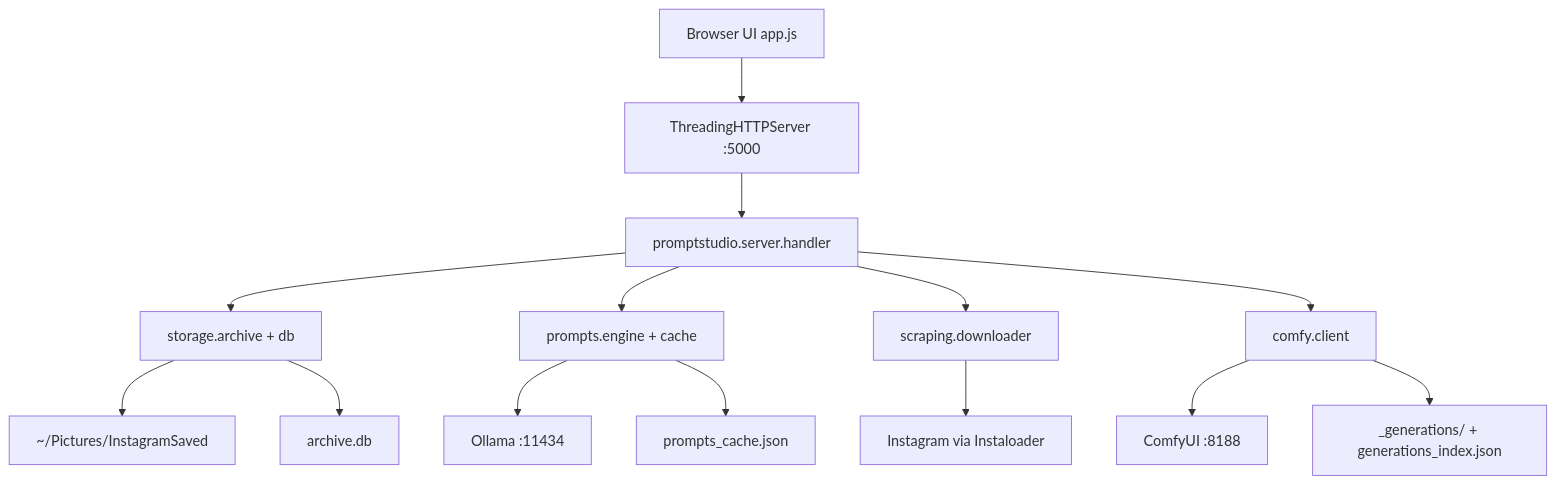
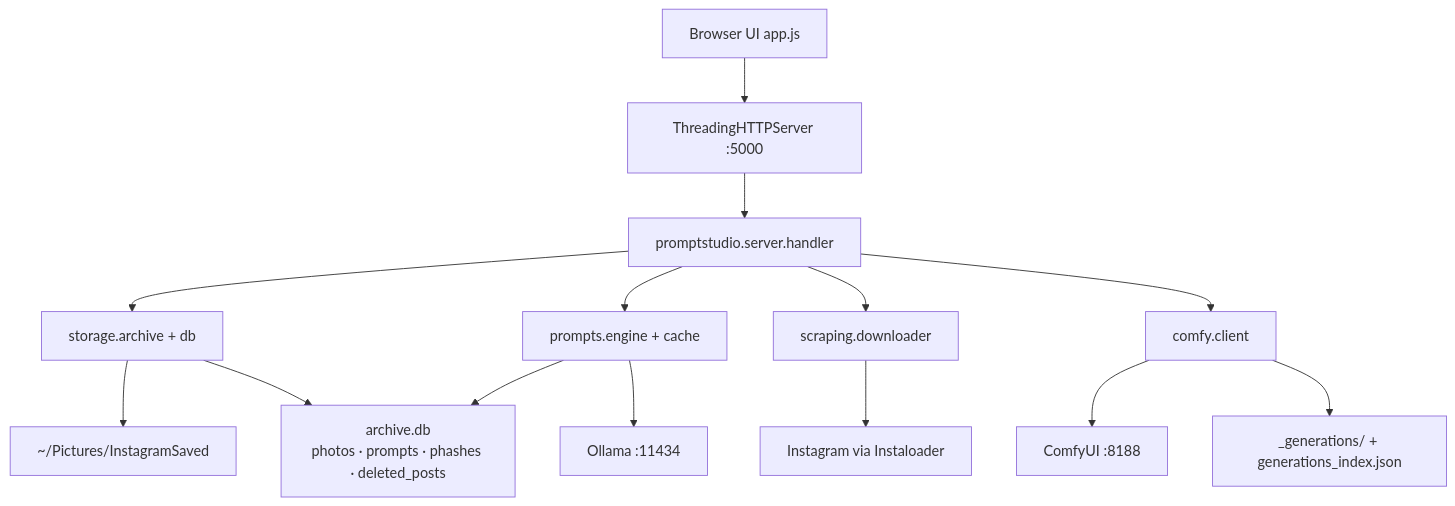
One commit to curiousCoder-9000/PromptStudio changed the diagram in docs/architecture.md. Above: the diagram before and after it, drawn with Mermaid. The commit also changed other lines of this file and 34 other files, not shown here.

````diff
--- a/docs/architecture.md
+++ b/docs/architecture.md
@@ -9,16 +9,16 @@
 ```mermaid
 graph TD
     Browser[Browser UI app.js] --> HTTP[ThreadingHTTPServer :5000]
     HTTP --> Handler[promptstudio.server.handler]
     Handler --> Archive[storage.archive + db]
     Handler --> Prompts[prompts.engine + cache]
     Handler --> Scraping[scraping.downloader]
     Handler --> Comfy[comfy.client]
     Scraping --> IG[Instagram via Instaloader]
     Archive --> Disk["~/Pictures/InstagramSaved"]
-    Archive --> SQLite[archive.db]
+    Archive --> SQLite["archive.db<br/>photos · prompts · phashes · deleted_posts"]
     Prompts --> Ollama[Ollama :11434]
-    Prompts --> CacheFile[prompts_cache.json]
+    Prompts --> SQLite
     Comfy --> ComfyUI[ComfyUI :8188]
     Comfy --> Gens["_generations/ + generations_index.json"]
 ```
````
